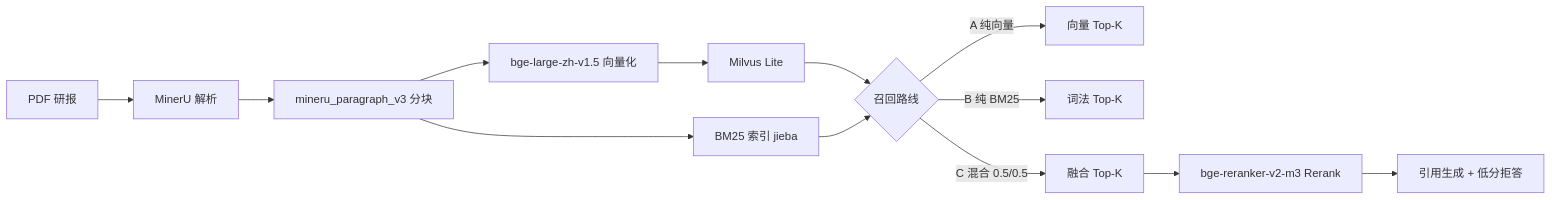
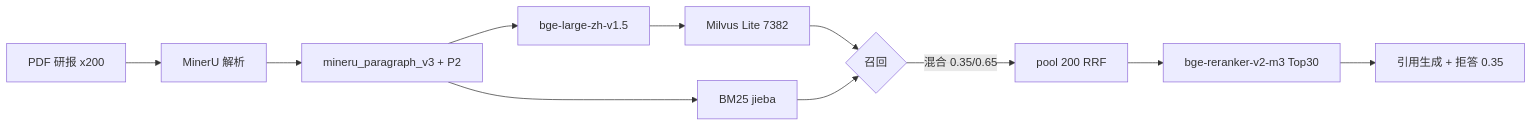
One commit to britanspector/commercial-rag changed the diagram in docs/midterm-summary.md. Above: the diagram before and after it, drawn with Mermaid. The commit also changed other lines of this file and 52 other files, not shown here.

````diff
--- a/docs/midterm-summary.md
+++ b/docs/midterm-summary.md
@@ -11,15 +10,13 @@
 ```mermaid
 flowchart LR
-    PDF[PDF 研报] --> MinerU[MinerU 解析]
-    MinerU --> Chunk[mineru_paragraph_v3 分块]
-    Chunk --> Embed[bge-large-zh-v1.5 向量化]
-    Chunk --> BM25[BM25 索引 jieba]
-    Embed --> Milvus[Milvus Lite]
-    Milvus --> Recall{召回路线}
+    PDF[PDF 研报 x200] --> MinerU[MinerU 解析]
+    MinerU --> Chunk[mineru_paragraph_v3 + P2]
+    Chunk --> Embed[bge-large-zh-v1.5]
+    Chunk --> BM25[BM25 jieba]
+    Embed --> Milvus[Milvus Lite 7382]
+    Milvus --> Recall{召回}
     BM25 --> Recall
-    Recall -->|A 纯向量| V[向量 Top-K]
-    Recall -->|B 纯 BM25| B[词法 Top-K]
-    Recall -->|C 混合 0.5/0.5| H[融合 Top-K]
-    H --> Rerank[bge-reranker-v2-m3 Rerank]
-    Rerank --> Gen[引用生成 + 低分拒答]
+    Recall -->|混合 0.35/0.65| H[pool 200 RRF]
+    H --> Rerank[bge-reranker-v2-m3 Top30]
+    Rerank --> Gen[引用生成 + 拒答 0.35]
 ```
````
